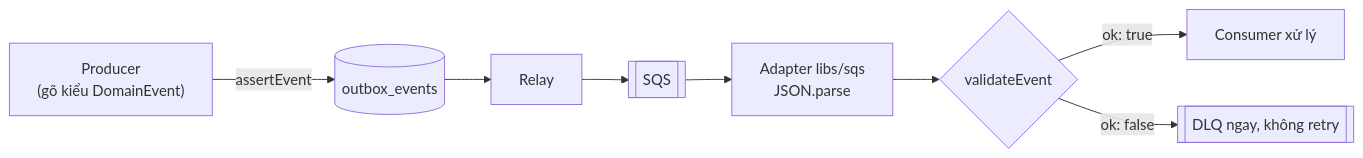
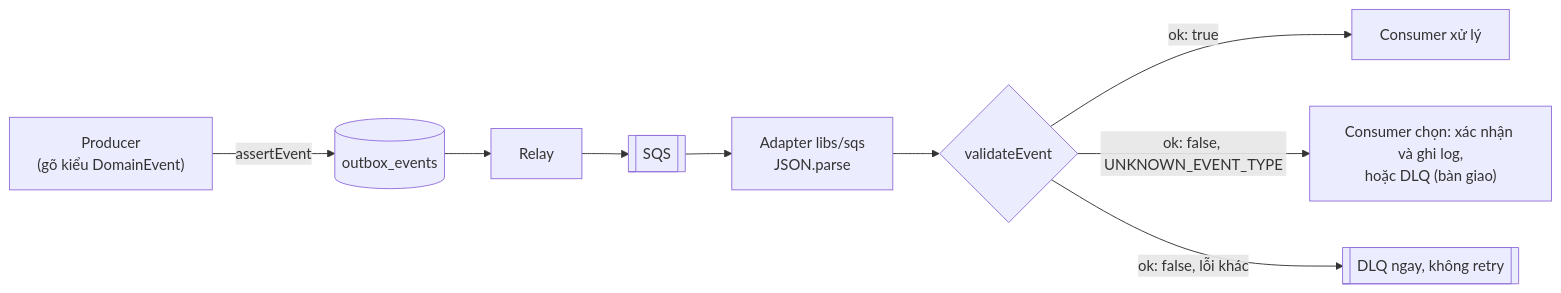
One commit to Lawliet119/digital-banking-simulator changed the diagram in docs/features/DBS-24-common-events-types-schema.md. Above: the diagram before and after it, drawn with Mermaid. The commit also changed other lines of this file and 1 other file, not shown here.

````diff
--- a/docs/features/DBS-24-common-events-types-schema.md
+++ b/docs/features/DBS-24-common-events-types-schema.md
@@ -166,8 +179,9 @@
 ```mermaid
 flowchart LR
   P["Producer<br/>(gõ kiểu DomainEvent)"] -->|assertEvent| O[(outbox_events)]
   O --> R[Relay] --> Q[[SQS]] --> A["Adapter libs/sqs<br/>JSON.parse"]
   A --> V{validateEvent}
   V -->|ok: true| C[Consumer xử lý]
-  V -->|ok: false| D[[DLQ ngay, không retry]]
+  V -->|"ok: false, UNKNOWN_EVENT_TYPE"| U["Consumer chọn: xác nhận và ghi log,<br/>hoặc DLQ (bàn giao)"]
+  V -->|ok: false, lỗi khác| D[[DLQ ngay, không retry]]
 ```
````
